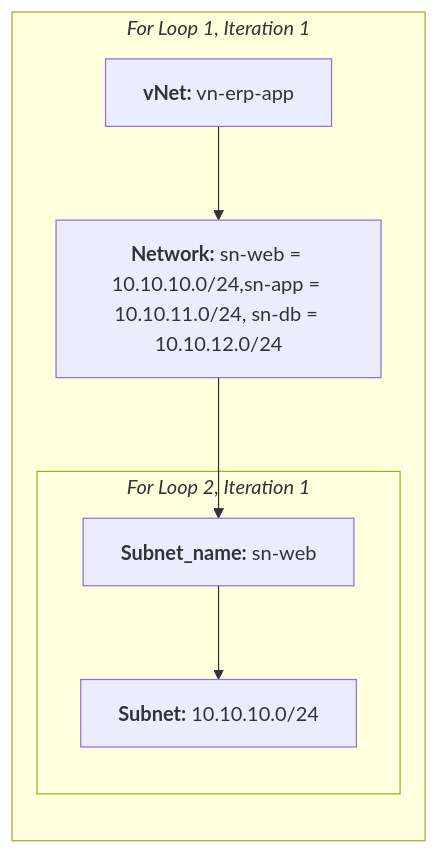
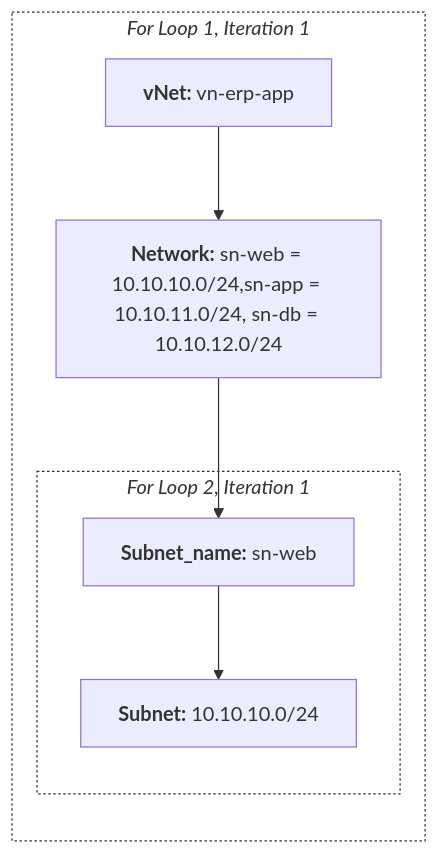
The diagram in terraform/8.for_loops.md (dermotreynolds/data.io.docs), drawn with Mermaid before and after one commit.

````diff
--- a/terraform/8.for_loops.md
+++ b/terraform/8.for_loops.md
@@ -80,10 +80,15 @@
 ```mermaid
 flowchart LR
     subgraph For_Loop1[<i>For Loop 1, Iteration 1</i>]
         A[<b>vNet:</b> vn-erp-app ] -->B[<b>Network:</b> sn-web = 10.10.10.0/24,sn-app = 10.10.11.0/24, sn-db = 10.10.12.0/24]
         subgraph For_Loop2[<i>For Loop 2, Iteration 1</i>]
             C[<b>Subnet_name:</b> sn-web] --> D[<b>Subnet:</b> 10.10.10.0/24]
         end
     end
     B-->C
+
+    style For_Loop1 fill:#FFFFFF,stroke:#333,stroke-width:1px, stroke-dasharray: 2
+    style For_Loop2 fill:#FFFFFF,stroke:#333,stroke-width:1px, stroke-dasharray: 2
+
+
 ```
````
